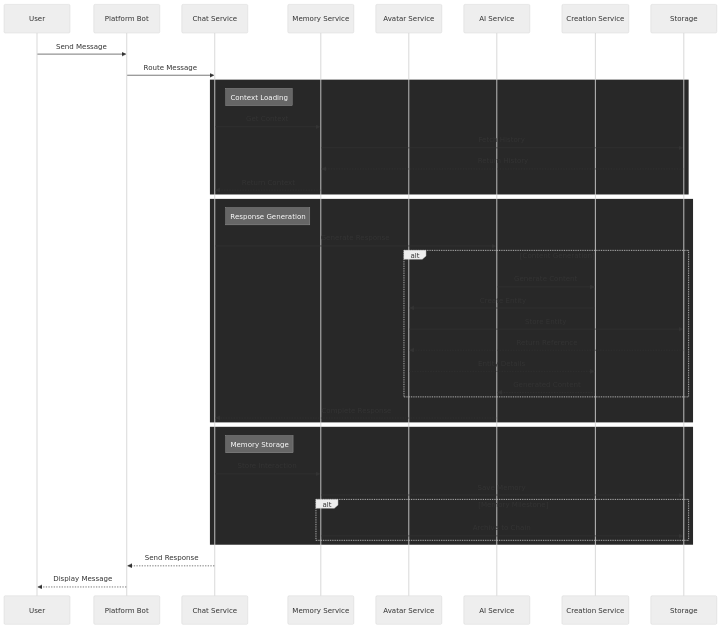
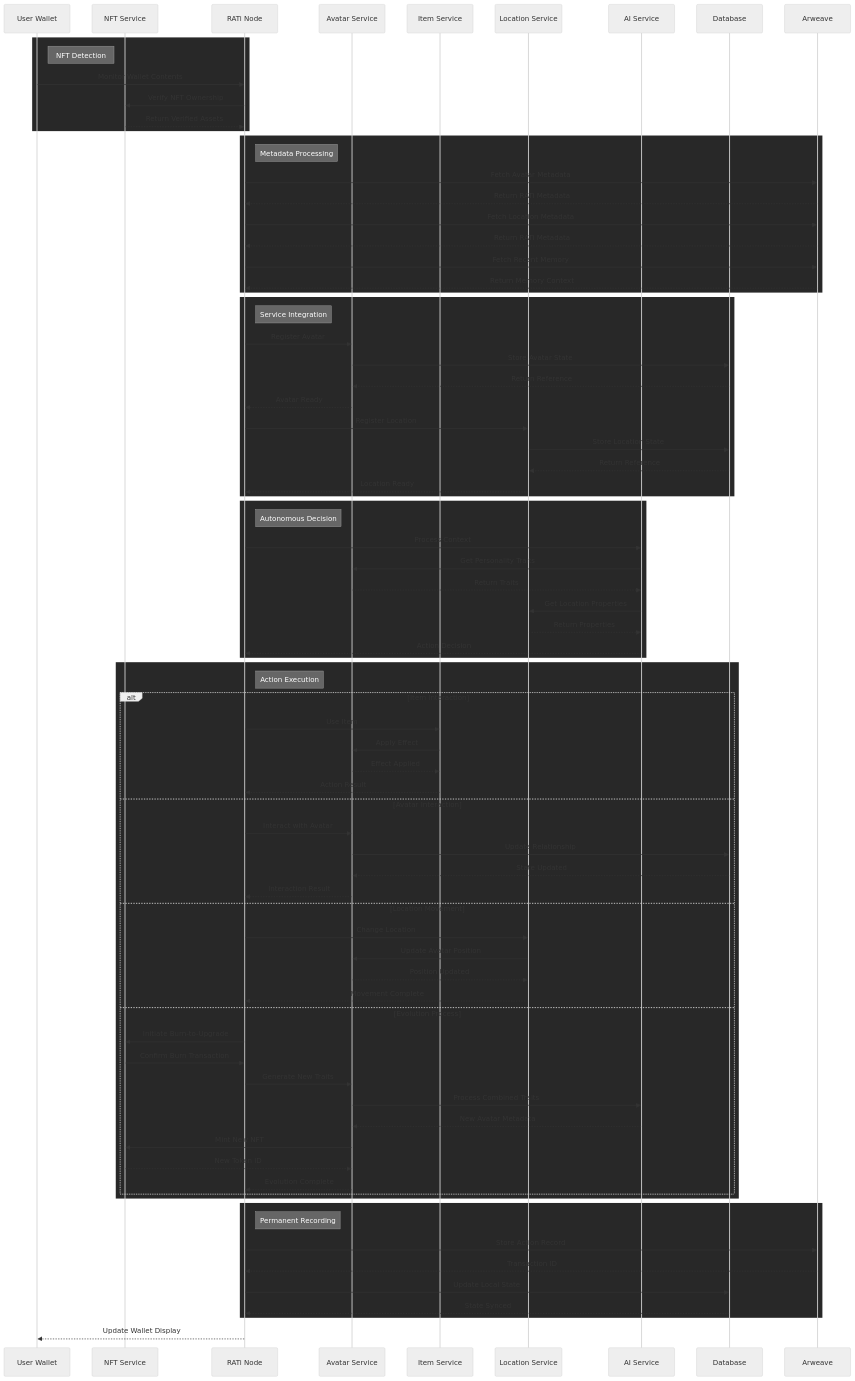
Before and after one commit to immanencer/cosyworld8: the second of 3 diagrams in docs/overview/03-system-diagram.md, drawn with Mermaid (neutral theme). The commit also changed other lines of this file and 98 other files, not shown here.

````diff
--- a/docs/overview/03-system-diagram.md
+++ b/docs/overview/03-system-diagram.md
@@ -87,43 +164,91 @@
 ```mermaid
 sequenceDiagram
-    participant U as User
-    participant B as Platform Bot
-    participant C as Chat Service
-    participant M as Memory Service
-    participant A as Avatar Service
+    participant W as User Wallet
+    participant NS as NFT Service
+    participant RN as RATi Node
+    participant AS as Avatar Service
+    participant IS as Item Service
+    participant LS as Location Service
     participant AI as AI Service
-    participant CR as Creation Service
-    participant S as Storage
-    U->>B: Send Message
-    B->>C: Route Message
+    participant DB as Database
+    participant ARW as Arweave
+    
     rect rgb(40, 40, 40)
-        note right of C: Context Loading
-        C->>M: Get Context
-        M->>S: Fetch History
-        S-->>M: Return History
-        M-->>C: Return Context
+        note right of W: NFT Detection
+        W->>RN: Monitor Wallet Contents
+        RN->>NS: Verify NFT Ownership
+        NS-->>RN: Return Verified Assets
     end
+    
     rect rgb(40, 40, 40)
-        note right of C: Response Generation
-        C->>AI: Generate Response
-        alt Content Generation
-            AI->>CR: Generate Content
-            CR->>A: Create Entity
-            A->>S: Store Entity
-            S-->>A: Return Reference
-            A-->>CR: Entity Details
-            CR-->>AI: Generated Content
-        end
-        AI-->>C: Complete Response
+        note right of RN: Metadata Processing
+        RN->>ARW: Fetch Avatar Metadata
+        ARW-->>RN: Return RATi Metadata
+        RN->>ARW: Fetch Location Metadata
+        ARW-->>RN: Return RATi Metadata
+        RN->>ARW: Fetch Recent Memory
+        ARW-->>RN: Return Memory Context
     end
+    
     rect rgb(40, 40, 40)
-        note right of C: Memory Storage
-        C->>M: Store Interaction
-        M->>S: Save Memory
-        alt Memory Milestone
-            M->>S: Archive to Chain
+        note right of RN: Service Integration
+        RN->>AS: Register Avatar
+        AS->>DB: Store Avatar State
+        DB-->>AS: Return Reference
+        AS-->>RN: Avatar Ready
+        
+        RN->>LS: Register Location
+        LS->>DB: Store Location State
+        DB-->>LS: Return Reference
+        LS-->>RN: Location Ready
+    end
+    
+    rect rgb(40, 40, 40)
+        note right of RN: Autonomous Decision
+        RN->>AI: Process Context
+        AI->>AS: Get Personality Traits
+        AS-->>AI: Return Traits
+        AI->>LS: Get Location Properties
+        LS-->>AI: Return Properties
+        AI-->>RN: Action Decision
+    end
+    
+    rect rgb(40, 40, 40)
+        note right of RN: Action Execution
+        alt Item Interaction
+            RN->>IS: Use Item
+            IS->>AS: Apply Effect
+            AS-->>IS: Effect Applied
+            IS-->>RN: Action Result
+        else Avatar Interaction
+            RN->>AS: Interact with Avatar
+            AS->>DB: Update Relationship
+            DB-->>AS: State Updated
+            AS-->>RN: Interaction Result
+        else Location Movement
+            RN->>LS: Change Location
+            LS->>AS: Update Avatar Position
+            AS-->>LS: Position Updated
+            LS-->>RN: Movement Complete
+        else Evolution Process
+            RN->>NS: Initiate Burn-to-Upgrade
+            NS->>RN: Confirm Burn Transaction
+            RN->>AS: Generate New Traits
+            AS->>AI: Process Combined Traits
+            AI-->>AS: New Avatar Metadata
+            AS->>NS: Mint New NFT
+            NS-->>AS: New Token ID
+            AS-->>RN: Evolution Complete
         end
     end
-    C-->>B: Send Response
-    B-->>U: Display Message
+    
+    rect rgb(40, 40, 40)
+        note right of RN: Permanent Recording
+        RN->>ARW: Store Action Record
+        ARW-->>RN: Transaction ID
+        RN->>DB: Update Local State
+        DB-->>RN: State Synced
+    end
+    
+    RN-->>W: Update Wallet Display
 ```
````
